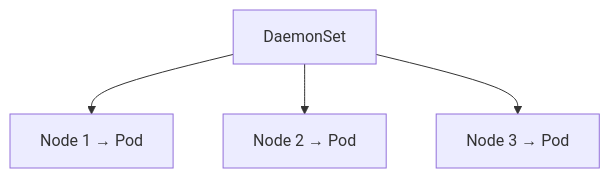
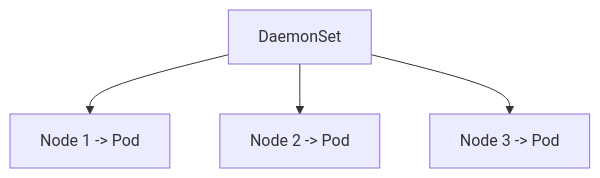
Before and after one commit to hareramcse/SystemDesign: diagram 28 of 37 in 11-cloud-and-kubernetes/README.md, drawn with Mermaid. The commit also changed other lines of this file and 16 other files, not shown here.

````diff
--- a/11-cloud-and-kubernetes/README.md
+++ b/11-cloud-and-kubernetes/README.md
@@ -1394,6 +1466,6 @@
 ```mermaid
 flowchart TB
-    DS[DaemonSet] --> N1[Node 1 → Pod]
-    DS --> N2[Node 2 → Pod]
-    DS --> N3[Node 3 → Pod]
+    DS[DaemonSet] --> N1[Node 1 -> Pod]
+    DS --> N2[Node 2 -> Pod]
+    DS --> N3[Node 3 -> Pod]
 ```
````
